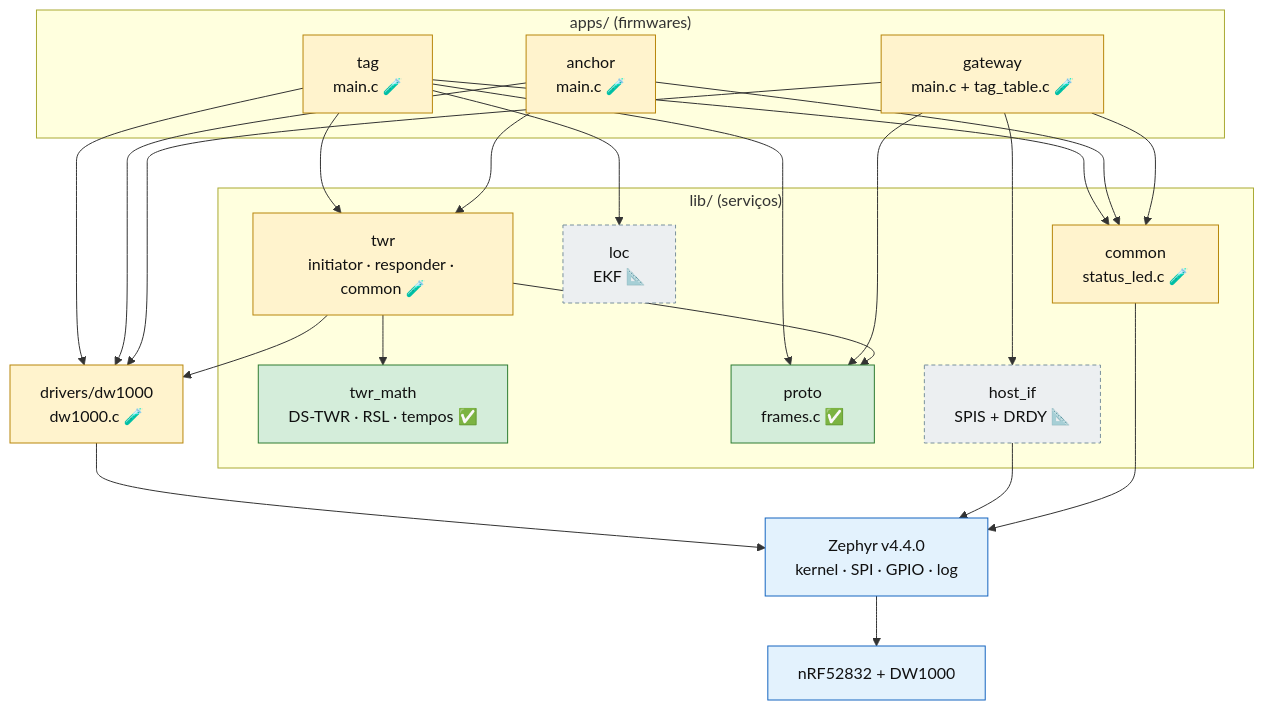
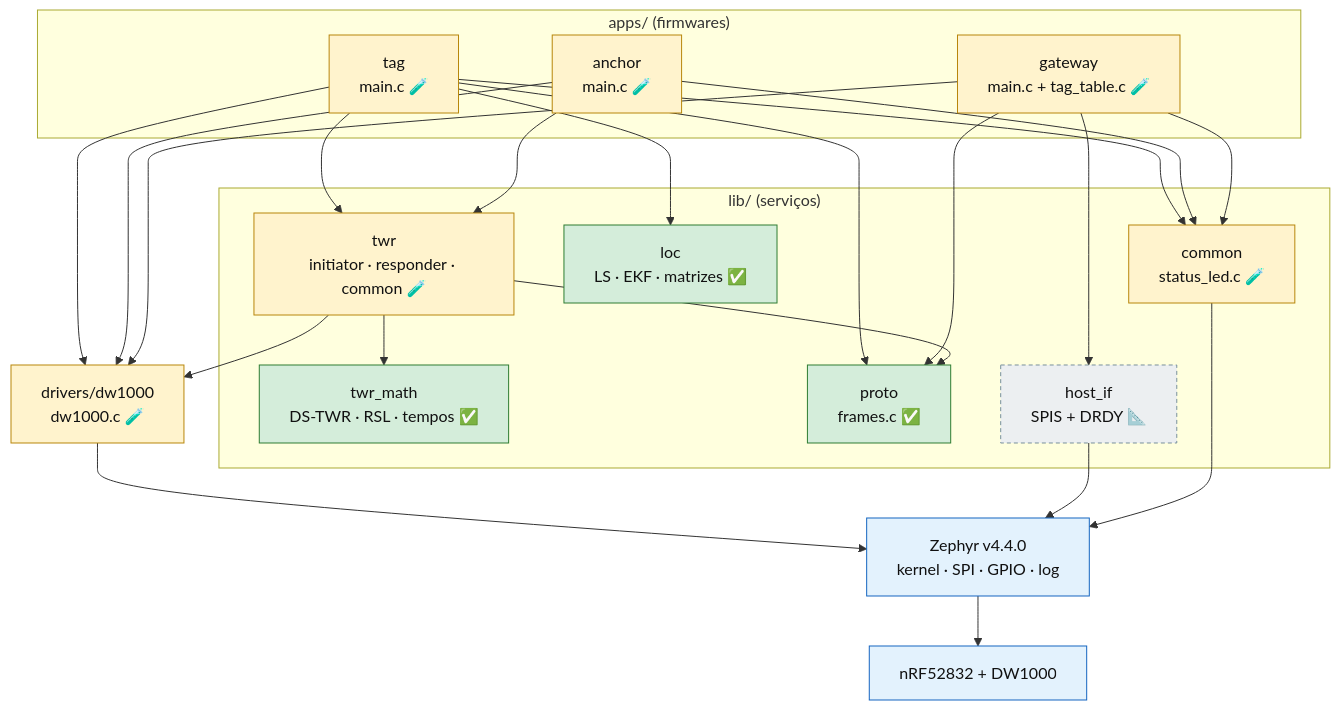
Before and after one commit to MauroTony/dwm1001-rtls-fw: the second of 15 diagrams in docs/09-guia-do-codigo.md, drawn with Mermaid. The commit also changed other lines of this file and 4 other files, not shown here.

````diff
--- a/docs/09-guia-do-codigo.md
+++ b/docs/09-guia-do-codigo.md
@@ -57,28 +58,28 @@
 ```mermaid
 flowchart TB
     subgraph APPS["apps/ (firmwares)"]
         tag["tag<br/>main.c 🧪"]:::bench
         anchor["anchor<br/>main.c 🧪"]:::bench
         gw["gateway<br/>main.c + tag_table.c 🧪"]:::bench
     end
     subgraph LIB["lib/ (serviços)"]
         twr["twr<br/>initiator · responder · common 🧪"]:::bench
         math["twr_math<br/>DS-TWR · RSL · tempos ✅"]:::ok
         proto["proto<br/>frames.c ✅"]:::ok
-        loc["loc<br/>EKF 📐"]:::stub
+        loc["loc<br/>LS · EKF · matrizes ✅"]:::ok
         hif["host_if<br/>SPIS + DRDY 📐"]:::stub
         led["common<br/>status_led.c 🧪"]:::bench
     end
     drv["drivers/dw1000<br/>dw1000.c 🧪"]:::bench
     zep["Zephyr v4.4.0<br/>kernel · SPI · GPIO · log"]:::ext
     hw["nRF52832 + DW1000"]:::ext
     tag --> twr & loc & proto & led & drv
     anchor --> twr & led & drv
     gw --> proto & hif & led & drv
     twr --> math & proto & drv
     drv & hif & led --> zep --> hw
     classDef ok fill:#d4edda,stroke:#2e7d32,color:#111
     classDef bench fill:#fff3cd,stroke:#b8860b,color:#111
     classDef stub fill:#eceff1,stroke:#78909c,color:#111,stroke-dasharray:4 3
     classDef ext fill:#e3f2fd,stroke:#1565c0,color:#111
 ```
````
